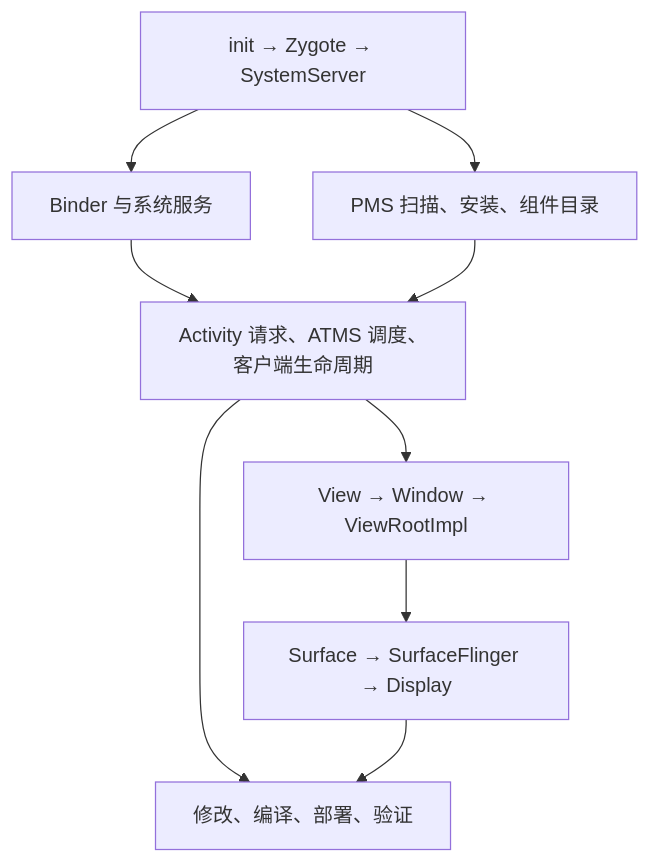
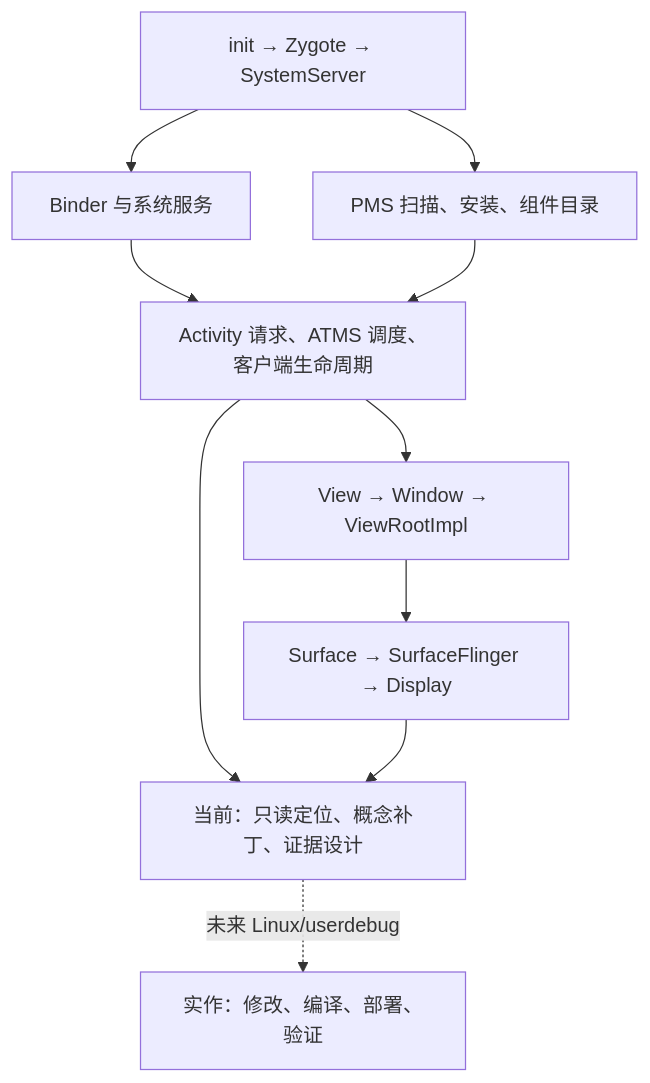
One commit to junyingzhao001/StudyNotes changed the sixth of 6 diagrams in Android源码学习/14-综合实践修改编译与验证.md. Above: the diagram before and after it, drawn with Mermaid. The commit also changed other lines of this file and 617 other files, not shown here.

````diff
--- a/Android源码学习/14-综合实践修改编译与验证.md
+++ b/Android源码学习/14-综合实践修改编译与验证.md
@@ -1264,11 +1301,12 @@
 ```mermaid
 flowchart TD
     BOOT["init → Zygote → SystemServer"] --> IPC["Binder 与系统服务"]
     IPC --> ACT["Activity 请求、ATMS 调度、客户端生命周期"]
     ACT --> UI["View → Window → ViewRootImpl"]
     UI --> GFX["Surface → SurfaceFlinger → Display"]
     BOOT --> PMS["PMS 扫描、安装、组件目录"]
     PMS --> ACT
-    ACT --> LAB["修改、编译、部署、验证"]
-    GFX --> LAB
+    ACT --> DESIGN["当前：只读定位、概念补丁、证据设计"]
+    GFX --> DESIGN
+    DESIGN -. "未来 Linux/userdebug" .-> LAB["实作：修改、编译、部署、验证"]
 ```
````
